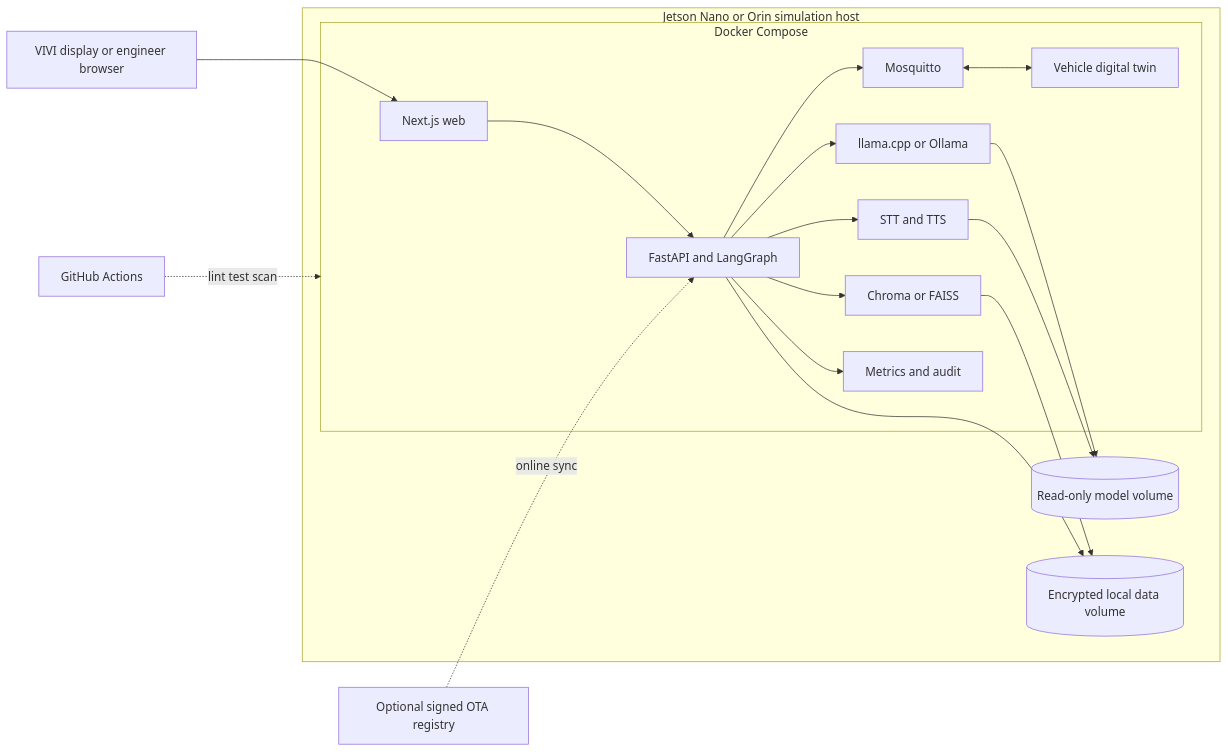
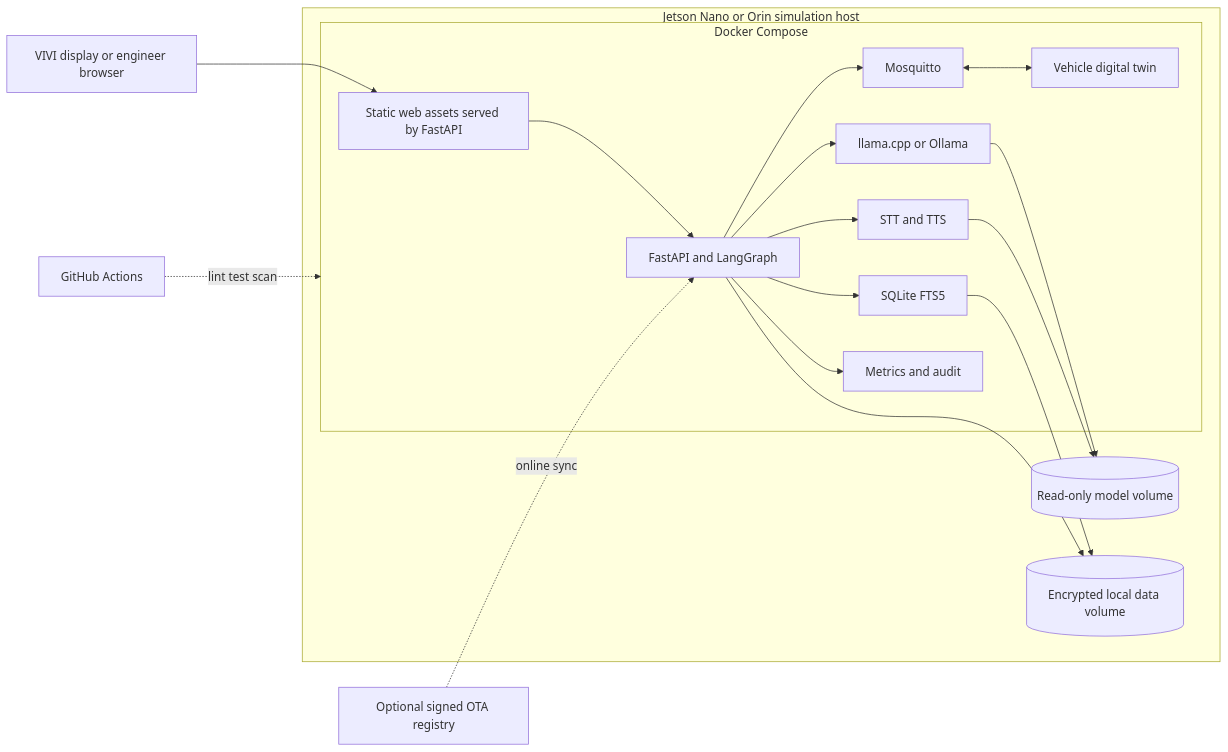
One commit to hungdinh82/p-126-public-deploy changed the fifth of 5 diagrams in docs/architecture_diagram.md. Above: the diagram before and after it, drawn with Mermaid. The commit also changed other lines of this file and 82 other files, not shown here.

````diff
--- a/docs/architecture_diagram.md
+++ b/docs/architecture_diagram.md
@@ -254,26 +260,26 @@
 ```mermaid
 flowchart LR
     subgraph Host[Jetson Nano or Orin simulation host]
         subgraph Docker[Docker Compose]
-            Web[Next.js web]
+            Web[Static web assets served by FastAPI]
             API[FastAPI and LangGraph]
             Inference[llama.cpp or Ollama]
             Speech[STT and TTS]
-            Vector[Chroma or FAISS]
+            Vector[SQLite FTS5]
             MQTT[Mosquitto]
             Twin[Vehicle digital twin]
             Observe[Metrics and audit]
         end
         Models[(Read-only model volume)]
         Data[(Encrypted local data volume)]
     end
     Browser[VIVI display or engineer browser] --> Web --> API
     API --> Inference --> Models
     API --> Speech --> Models
     API --> Vector --> Data
     API --> MQTT <--> Twin
     API --> Observe
     API --> Data
     Registry[Optional signed OTA registry] -. online sync .-> API
     CI[GitHub Actions] -. lint test scan .-> Docker
 ```
````
